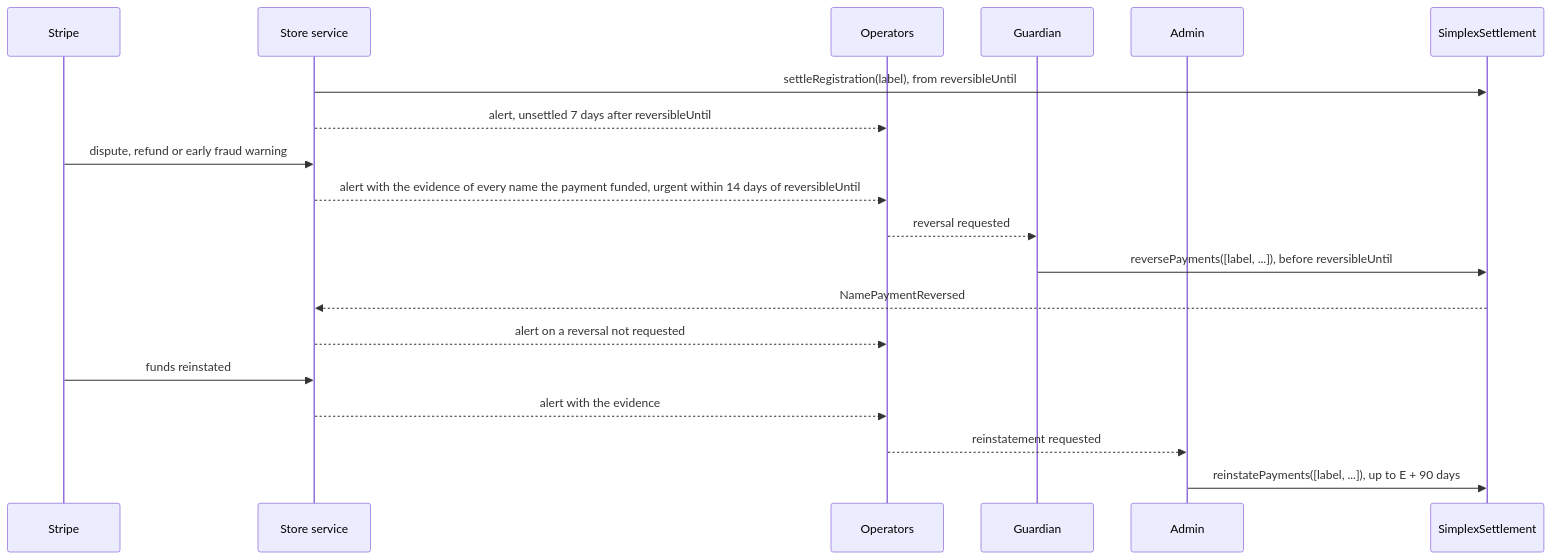
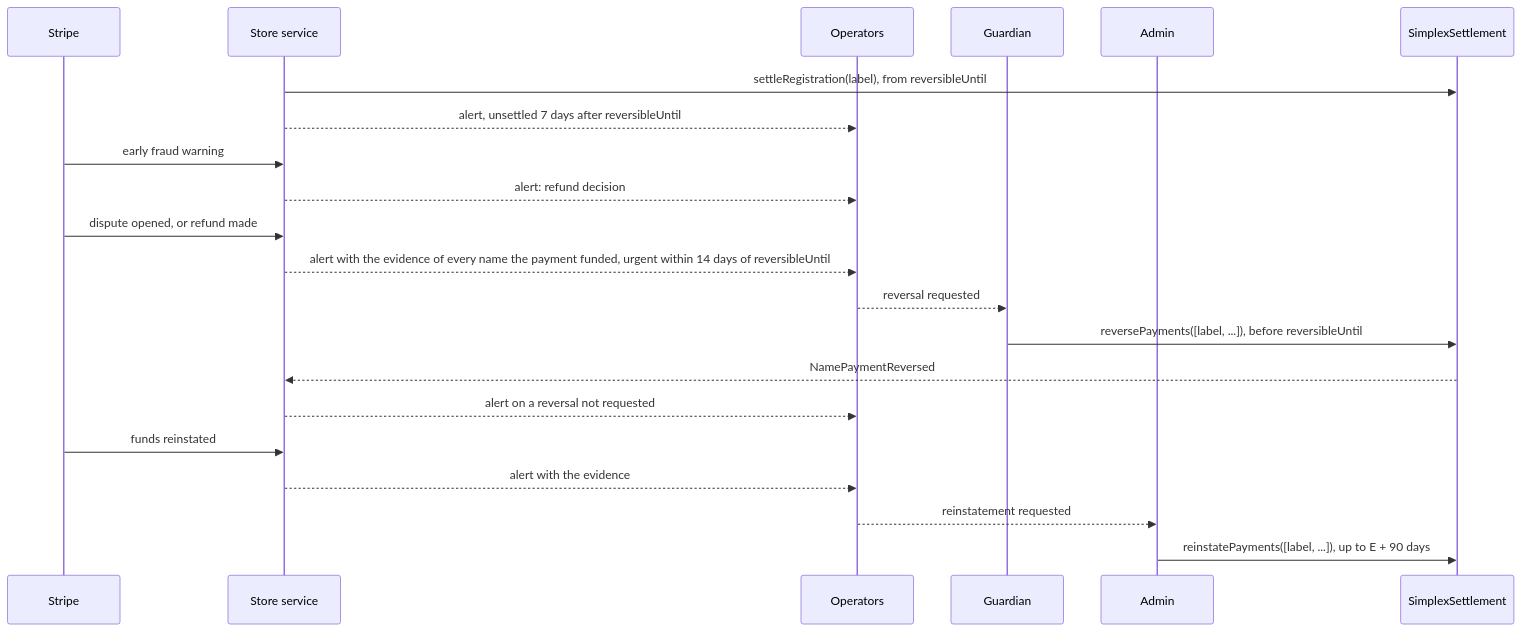
One commit to brenzi-agent/simplex-namespace-contract changed the seventh of 7 diagrams in docs/plans/payment-reversal.md. Above: the diagram before and after it, drawn with Mermaid. The commit also changed other lines of this file, not shown here.

Commit message:
docs: reversible days, claim flow and sales gate in the plan

````diff
--- a/docs/plans/payment-reversal.md
+++ b/docs/plans/payment-reversal.md
@@ -345,21 +384,23 @@
 ```mermaid
 sequenceDiagram
   participant V as Stripe
   participant S as Store service
   participant O as Operators
   participant G as Guardian
   participant A as Admin
   participant St as SimplexSettlement
   S->>St: settleRegistration(label), from reversibleUntil
   S-->>O: alert, unsettled 7 days after reversibleUntil
-  V->>S: dispute, refund or early fraud warning
+  V->>S: early fraud warning
+  S-->>O: alert: refund decision
+  V->>S: dispute opened, or refund made
   S-->>O: alert with the evidence of every name the payment funded, urgent within 14 days of reversibleUntil
   O-->>G: reversal requested
   G->>St: reversePayments([label, ...]), before reversibleUntil
   St-->>S: NamePaymentReversed
   S-->>O: alert on a reversal not requested
   V->>S: funds reinstated
   S-->>O: alert with the evidence
   O-->>A: reinstatement requested
   A->>St: reinstatePayments([label, ...]), up to E + 90 days
 ```
````
